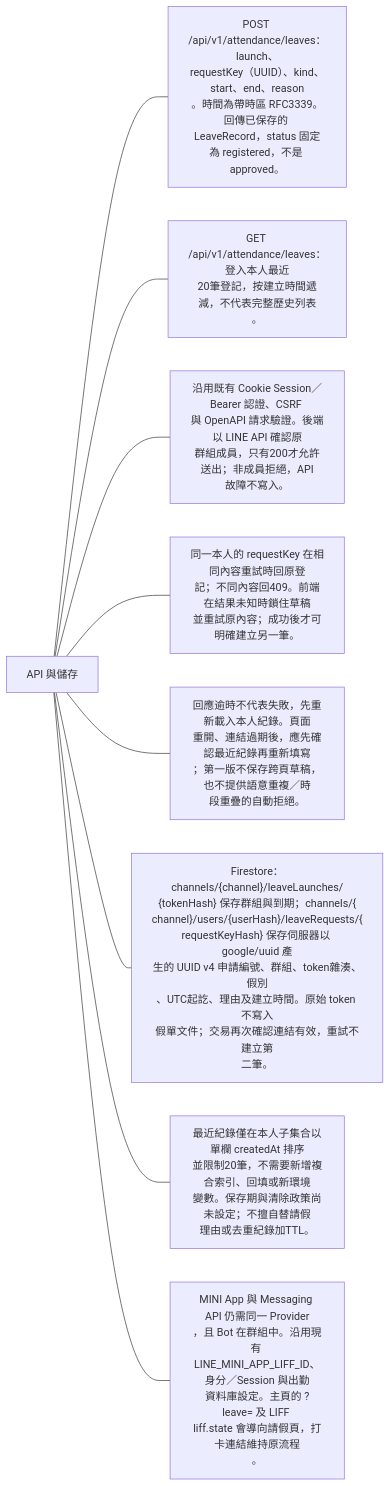
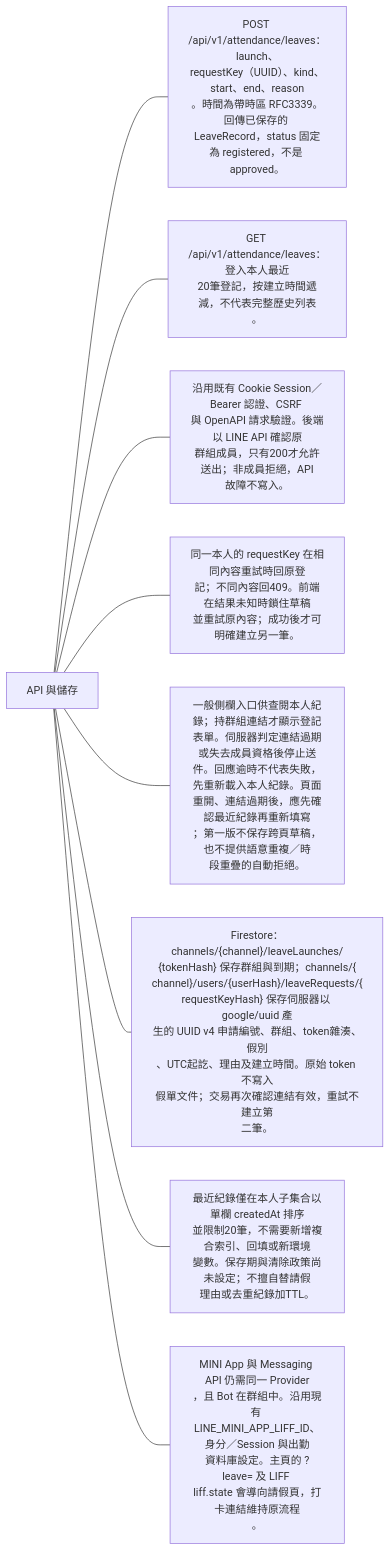
The third of 5 diagrams in docs/domains/attendance/leave.md (963sup/line-mini-app-bot), drawn with Mermaid before and after one commit. The commit also changed 16 other files, not shown here.

````diff
--- a/docs/domains/attendance/leave.md
+++ b/docs/domains/attendance/leave.md
@@ -33,12 +33,12 @@
 ```mermaid
 flowchart LR
   h["API 與儲存"]
   h --- n0["POST /api/v1/attendance/leaves：launch、<br/>requestKey（UUID）、kind、start、end、reason<br/>。時間為帶時區 RFC3339。回傳已保存的 <br/>LeaveRecord，status 固定為 registered，不是 <br/>approved。"]
   h --- n1["GET /api/v1/attendance/leaves：登入本人最近<br/>20筆登記，按建立時間遞減，不代表完整歷史列表<br/>。"]
   h --- n2["沿用既有 Cookie Session／Bearer 認證、CSRF <br/>與 OpenAPI 請求驗證。後端以 LINE API 確認原<br/>群組成員，只有200才允許送出；非成員拒絕，API<br/>故障不寫入。"]
   h --- n3["同一本人的 requestKey 在相同內容重試時回原登<br/>記；不同內容回409。前端在結果未知時鎖住草稿<br/>並重試原內容；成功後才可明確建立另一筆。"]
-  h --- n4["回應逾時不代表失敗，先重新載入本人紀錄。頁面<br/>重開、連結過期後，應先確認最近紀錄再重新填寫<br/>；第一版不保存跨頁草稿，也不提供語意重複／時<br/>段重疊的自動拒絕。"]
+  h --- n4["一般側欄入口供查閱本人紀錄；持群組連結才顯示登記表單。伺服器判定連結過期或失去成員資格後停止送件。回應逾時不代表失敗，先重新載入本人紀錄。頁面<br/>重開、連結過期後，應先確認最近紀錄再重新填寫<br/>；第一版不保存跨頁草稿，也不提供語意重複／時<br/>段重疊的自動拒絕。"]
   h --- n5["Firestore：channels/{channel}/leaveLaunches/<br/>{tokenHash} 保存群組與到期；channels/{<br/>channel}/users/{userHash}/leaveRequests/{<br/>requestKeyHash} 保存伺服器以 google/uuid 產<br/>生的 UUID v4 申請編號、群組、token雜湊、假別<br/>、UTC起訖、理由及建立時間。原始 token 不寫入<br/>假單文件；交易再次確認連結有效，重試不建立第<br/>二筆。"]
   h --- n6["最近紀錄僅在本人子集合以單欄 createdAt 排序<br/>並限制20筆，不需要新增複合索引、回填或新環境<br/>變數。保存期與清除政策尚未設定；不擅自替請假<br/>理由或去重紀錄加TTL。"]
   h --- n7["MINI App 與 Messaging API 仍需同一 Provider<br/>，且 Bot 在群組中。沿用現有 <br/>LINE_MINI_APP_LIFF_ID、身分／Session 與出勤<br/>資料庫設定。主頁的 ?leave= 及 LIFF <br/>liff.state 會導向請假頁，打卡連結維持原流程<br/>。"]
 ```
````
